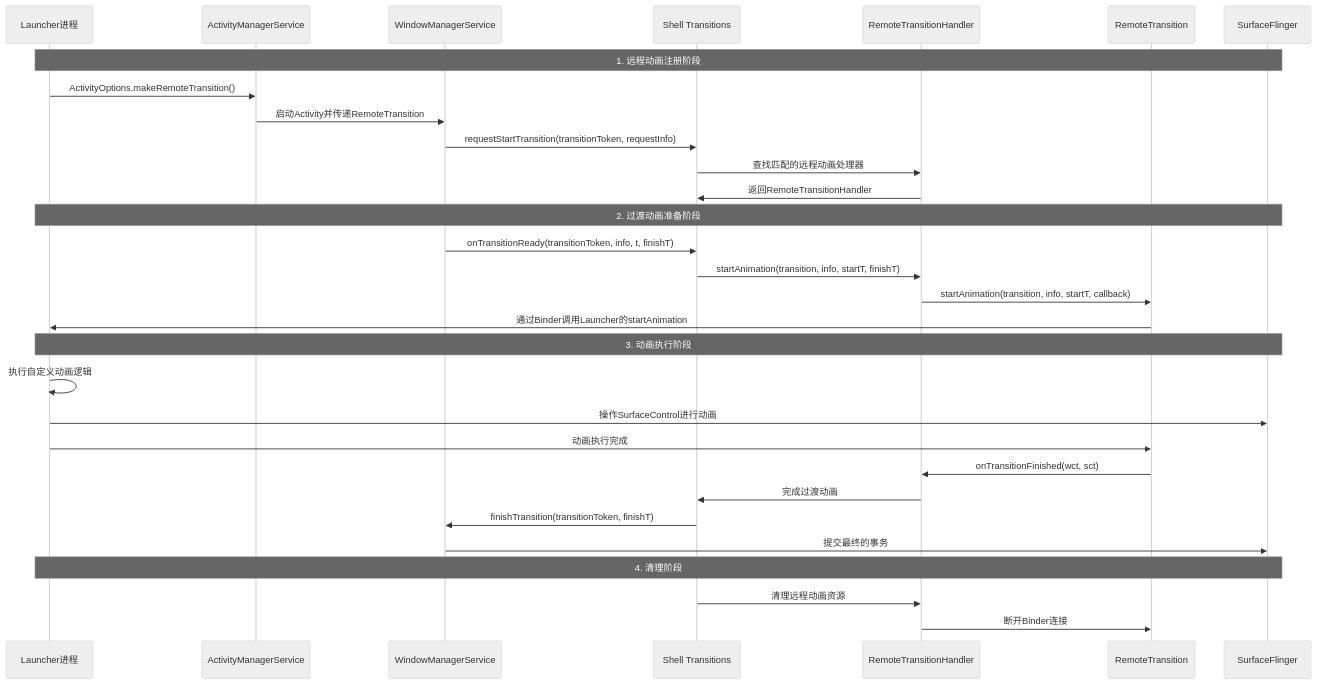
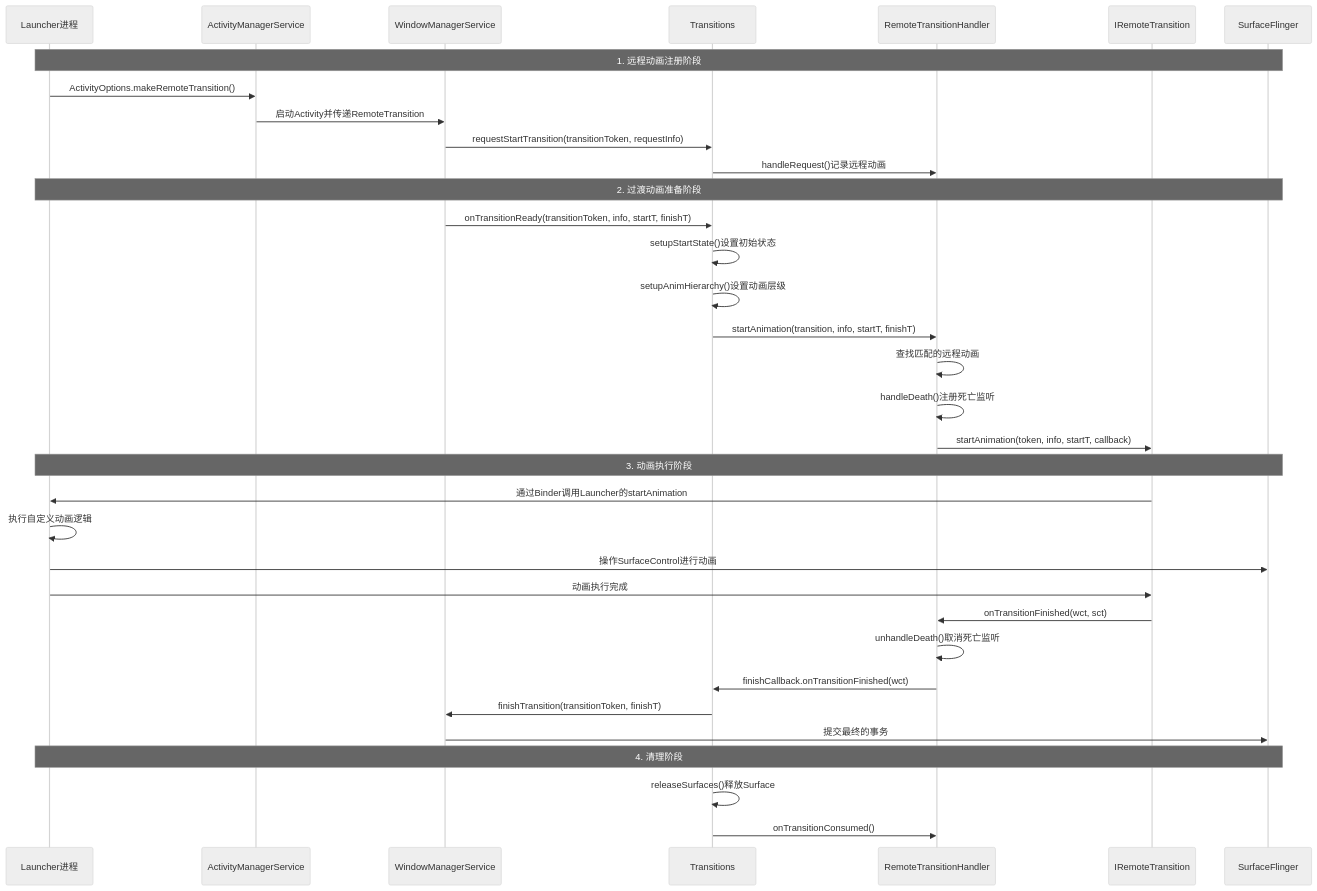
The second of 7 diagrams in docs/LauncherRemoteAnimation.md (yuchuangu85/AOSP_Frameworks), drawn with Mermaid (neutral theme) before and after one commit. The commit also changed other lines of this file and 11 other files, not shown here.

````diff
--- a/docs/LauncherRemoteAnimation.md
+++ b/docs/LauncherRemoteAnimation.md
@@ -68,36 +124,40 @@
 ```mermaid
 sequenceDiagram
     participant L as Launcher进程
     participant A as ActivityManagerService
     participant W as WindowManagerService
-    participant S as Shell Transitions
+    participant T as Transitions
     participant R as RemoteTransitionHandler
-    participant RT as RemoteTransition
+    participant RT as IRemoteTransition
     participant SF as SurfaceFlinger
 
     Note over L,SF: 1. 远程动画注册阶段
     L->>A: ActivityOptions.makeRemoteTransition()
     A->>W: 启动Activity并传递RemoteTransition
-    W->>S: requestStartTransition(transitionToken, requestInfo)
-    S->>R: 查找匹配的远程动画处理器
-    R->>S: 返回RemoteTransitionHandler
+    W->>T: requestStartTransition(transitionToken, requestInfo)
+    T->>R: handleRequest()记录远程动画
     
     Note over L,SF: 2. 过渡动画准备阶段
-    W->>S: onTransitionReady(transitionToken, info, t, finishT)
-    S->>R: startAnimation(transition, info, startT, finishT)
-    R->>RT: startAnimation(transition, info, startT, callback)
-    RT->>L: 通过Binder调用Launcher的startAnimation
+    W->>T: onTransitionReady(transitionToken, info, startT, finishT)
+    T->>T: setupStartState()设置初始状态
+    T->>T: setupAnimHierarchy()设置动画层级
+    T->>R: startAnimation(transition, info, startT, finishT)
+    R->>R: 查找匹配的远程动画
+    R->>R: handleDeath()注册死亡监听
+    R->>RT: startAnimation(token, info, startT, callback)
     
     Note over L,SF: 3. 动画执行阶段
+    RT->>L: 通过Binder调用Launcher的startAnimation
     L->>L: 执行自定义动画逻辑
     L->>SF: 操作SurfaceControl进行动画
     L->>RT: 动画执行完成
     RT->>R: onTransitionFinished(wct, sct)
-    R->>S: 完成过渡动画
-    S->>W: finishTransition(transitionToken, finishT)
+    R->>R: unhandleDeath()取消死亡监听
+    R->>T: finishCallback.onTransitionFinished(wct)
+    T->>W: finishTransition(transitionToken, finishT)
     W->>SF: 提交最终的事务
     
     Note over L,SF: 4. 清理阶段
-    S->>R: 清理远程动画资源
-    R->>RT: 断开Binder连接
+    T->>T: releaseSurfaces()释放Surface
+    T->>R: onTransitionConsumed()
 ```
````
